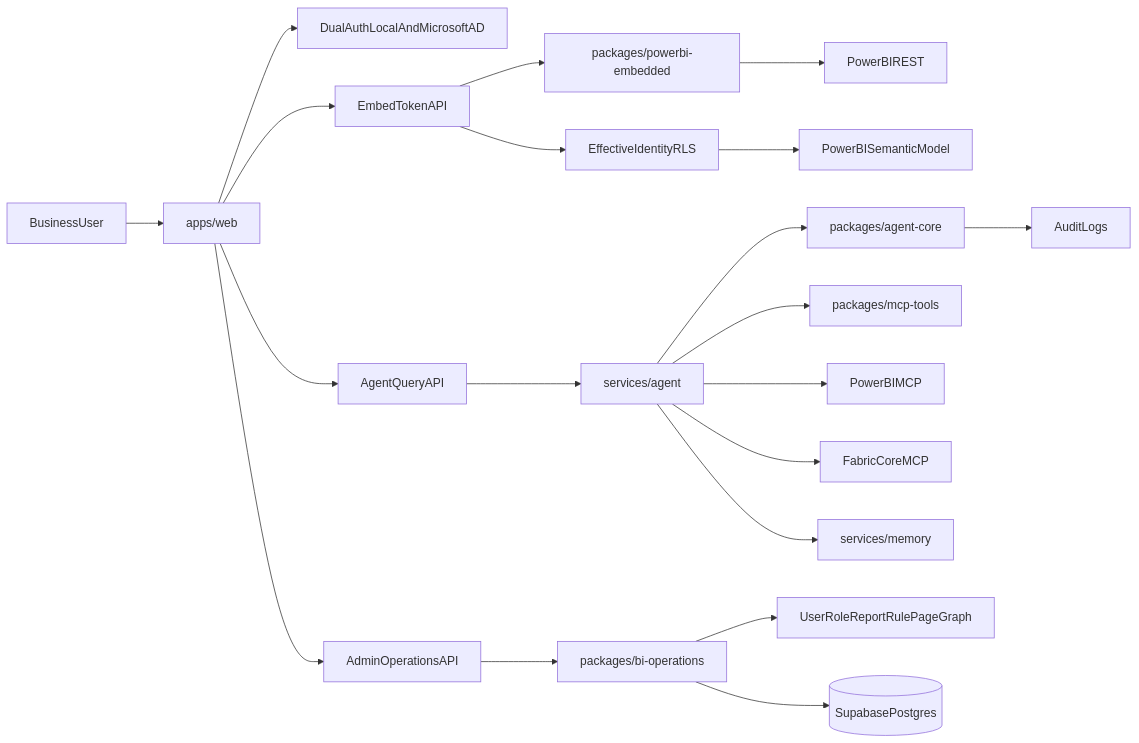
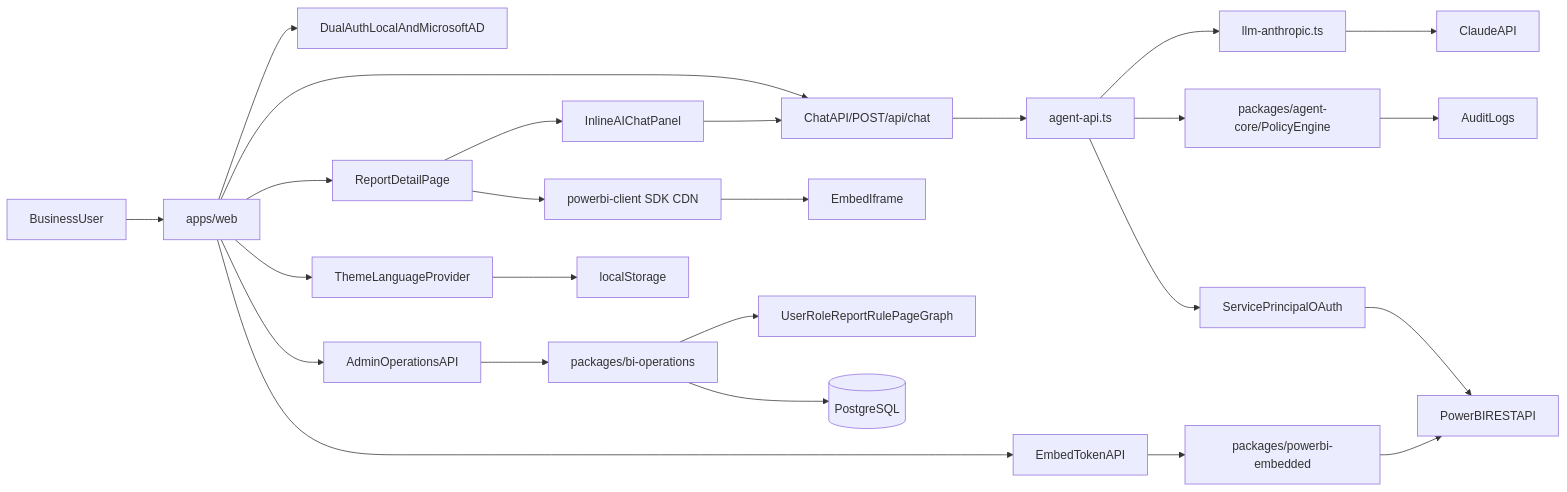
One commit to sonnguyendataai/powerbi-ai-portal changed the diagram in docs/architecture/overview.md. Above: the diagram before and after it, drawn with Mermaid. The commit also changed other lines of this file and 5 other files, not shown here.

````diff
--- a/docs/architecture/overview.md
+++ b/docs/architecture/overview.md
@@ -5,22 +5,27 @@
 ```mermaid
 flowchart LR
   user[BusinessUser] --> portal[apps/web]
   portal --> appAuth[DualAuthLocalAndMicrosoftAD]
   portal --> embedApi[EmbedTokenAPI]
-  portal --> chatApi[AgentQueryAPI]
-  chatApi --> orchestrator[services/agent]
-  orchestrator --> policy[packages/agent-core]
-  orchestrator --> mcpTools[packages/mcp-tools]
-  orchestrator --> powerbiMcp[PowerBIMCP]
-  orchestrator --> fabricMcp[FabricCoreMCP]
+  portal --> chatApi[ChatAPI/POST/api/chat]
+  chatApi --> agentApi[agent-api.ts]
+  agentApi --> policy[packages/agent-core/PolicyEngine]
+  agentApi --> pbiOAuth[ServicePrincipalOAuth]
+  pbiOAuth --> pbiRest[PowerBIRESTAPI]
+  agentApi --> llm[llm-anthropic.ts]
+  llm --> claude[ClaudeAPI]
   embedApi --> embedSvc[packages/powerbi-embedded]
-  embedSvc --> pbiRest[PowerBIREST]
-  embedApi --> rls[EffectiveIdentityRLS]
-  rls --> pbiSemantic[PowerBISemanticModel]
-  orchestrator --> memory[services/memory]
+  embedSvc --> pbiRest
+  portal --> reportView[ReportDetailPage]
+  reportView --> pbiSdk[powerbi-client SDK CDN]
+  pbiSdk --> embedIframe[EmbedIframe]
+  reportView --> chatPanel[InlineAIChatPanel]
+  chatPanel --> chatApi
   portal --> adminApi[AdminOperationsAPI]
   adminApi --> biOps[packages/bi-operations]
   biOps --> roleGraph[UserRoleReportRulePageGraph]
-  biOps --> supabase[(SupabasePostgres)]
+  biOps --> postgres[(PostgreSQL)]
   policy --> audit[AuditLogs]
+  portal --> themeI18n[ThemeLanguageProvider]
+  themeI18n --> localStorage[localStorage]
 ```
````
